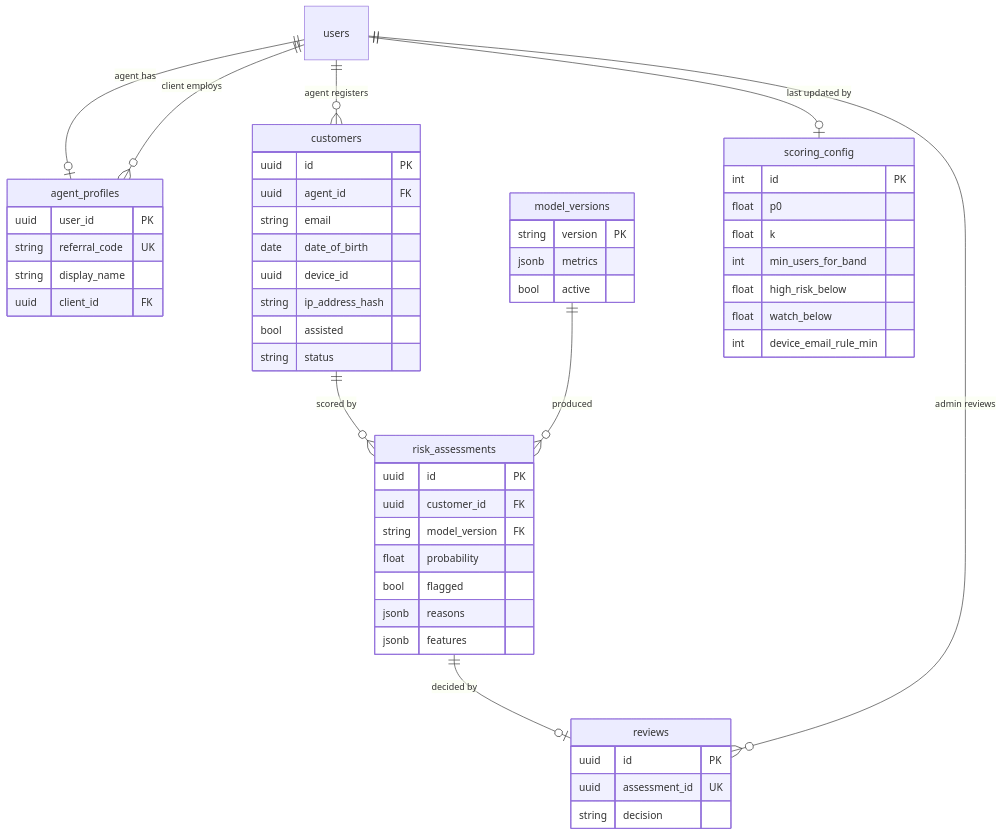
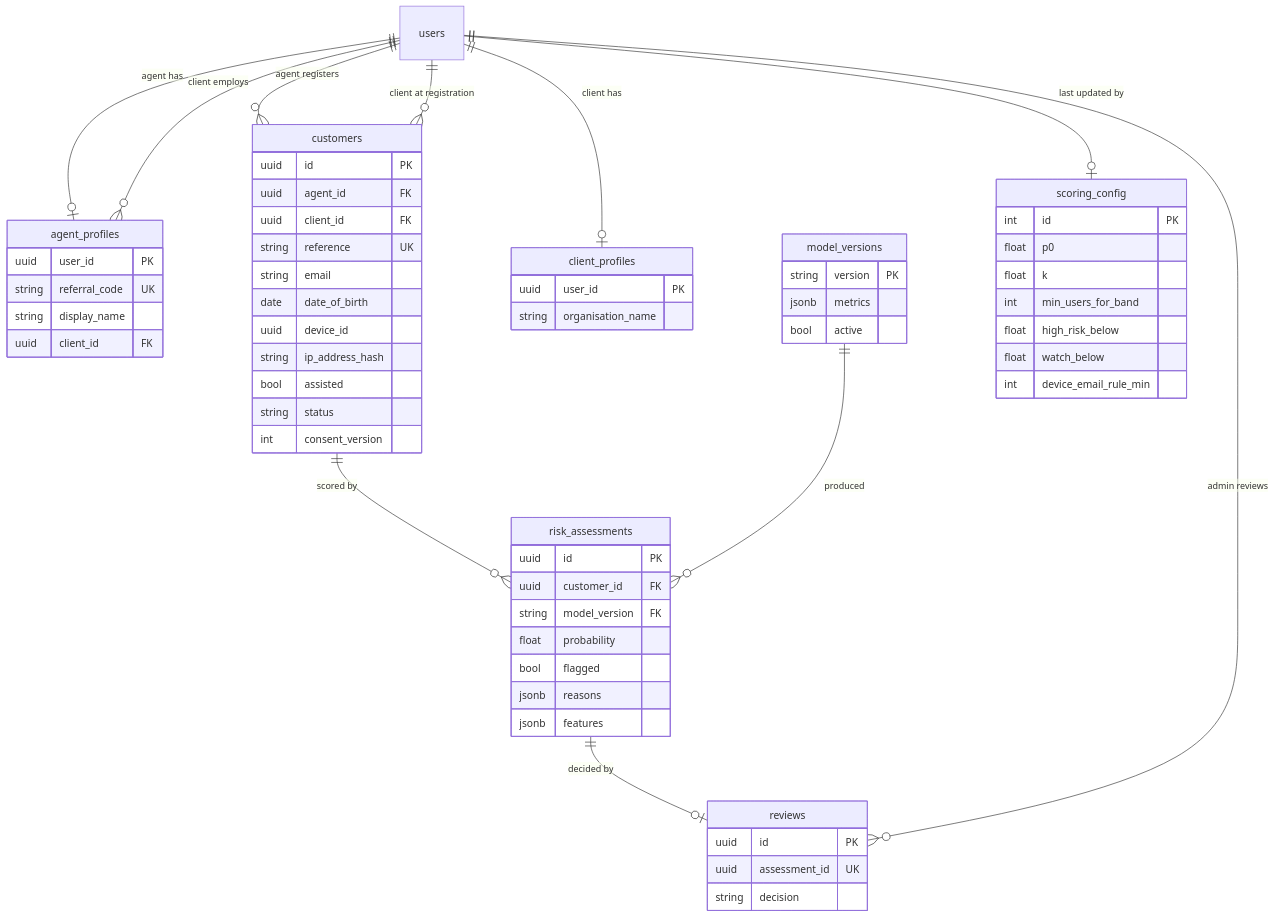
Before and after one commit to Myranyamwanda/Salesmesh: the diagram in docs/scoring-data-model.md, drawn with Mermaid. The commit also changed other lines of this file and 5 other files, not shown here.

Commit message:
docs: describe the registration pipeline, references, and client consent

````diff
--- a/docs/scoring-data-model.md
+++ b/docs/scoring-data-model.md
@@ -8,56 +8,65 @@
 ```mermaid
 erDiagram
     users ||--o| agent_profiles : "agent has"
     users ||--o{ agent_profiles : "client employs"
     users ||--o{ customers : "agent registers"
+    users ||--o{ customers : "client at registration"
+    users ||--o| client_profiles : "client has"
     customers ||--o{ risk_assessments : "scored by"
     model_versions ||--o{ risk_assessments : "produced"
     risk_assessments ||--o| reviews : "decided by"
     users ||--o{ reviews : "admin reviews"
     users ||--o| scoring_config : "last updated by"
 
     agent_profiles {
         uuid user_id PK
         string referral_code UK
         string display_name
         uuid client_id FK
     }
+    client_profiles {
+        uuid user_id PK
+        string organisation_name
+    }
     customers {
         uuid id PK
         uuid agent_id FK
+        uuid client_id FK
+        string reference UK
         string email
         date date_of_birth
         uuid device_id
         string ip_address_hash
         bool assisted
         string status
+        int consent_version
     }
     risk_assessments {
         uuid id PK
         uuid customer_id FK
         string model_version FK
         float probability
         bool flagged
         jsonb reasons
         jsonb features
     }
     reviews {
         uuid id PK
         uuid assessment_id UK
         string decision
     }
     model_versions {
         string version PK
         jsonb metrics
         bool active
     }
     scoring_config {
         int id PK
         float p0
         float k
         int min_users_for_band
         float high_risk_below
         float watch_below
         int device_email_rule_min
     }
 ```
````
